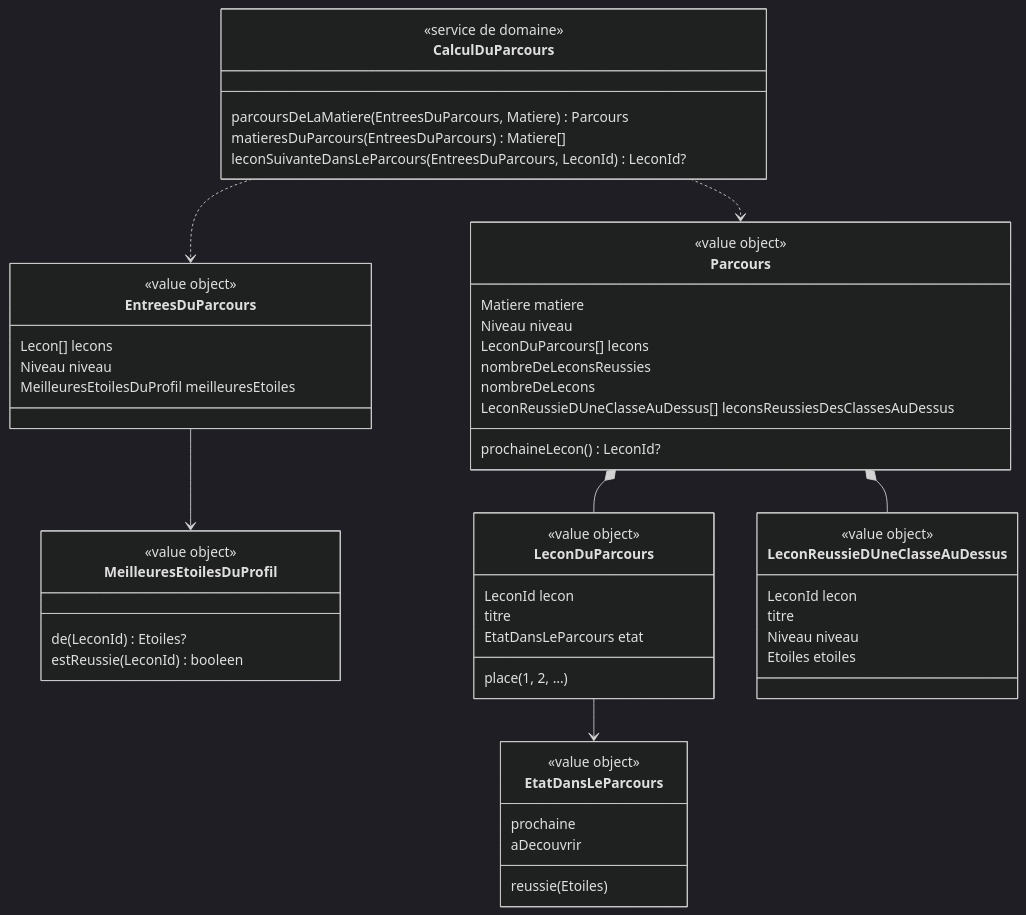
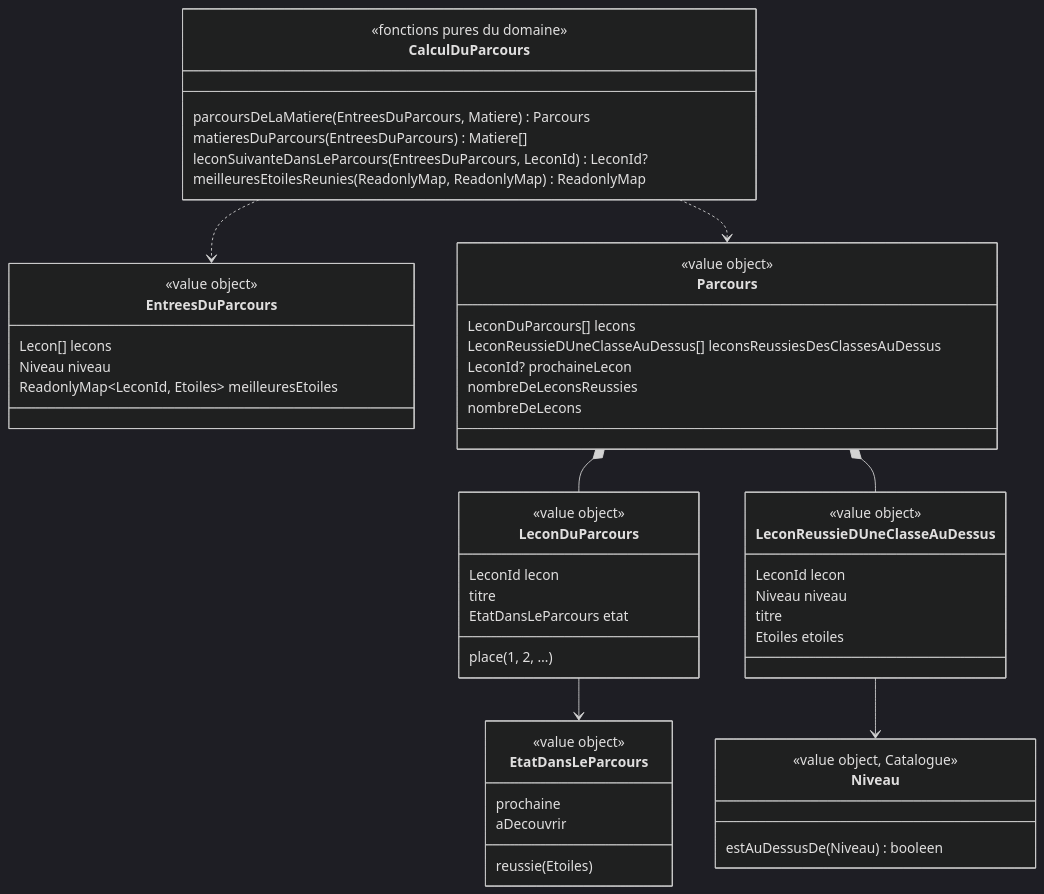
The diagram in docs/stories/25/domain-model.md (SBA-dev/github-move), drawn with Mermaid (dark theme) before and after one commit. The commit also changed other lines of this file and 4 other files, not shown here.

````diff
--- a/docs/stories/25/domain-model.md
+++ b/docs/stories/25/domain-model.md
@@ -74,56 +90,54 @@
 ```mermaid
 classDiagram
   class CalculDuParcours {
-    <<service de domaine>>
+    <<fonctions pures du domaine>>
     parcoursDeLaMatiere(EntreesDuParcours, Matiere) Parcours
     matieresDuParcours(EntreesDuParcours) Matiere[]
     leconSuivanteDansLeParcours(EntreesDuParcours, LeconId) LeconId?
+    meilleuresEtoilesReunies(ReadonlyMap, ReadonlyMap) ReadonlyMap
   }
   class EntreesDuParcours {
     <<value object>>
     Lecon[] lecons
     Niveau niveau
-    MeilleuresEtoilesDuProfil meilleuresEtoiles
-  }
-  class MeilleuresEtoilesDuProfil {
-    <<value object>>
-    de(LeconId) Etoiles?
-    estReussie(LeconId) booleen
+    ReadonlyMap~LeconId, Etoiles~ meilleuresEtoiles
   }
   class Parcours {
     <<value object>>
-    Matiere matiere
-    Niveau niveau
     LeconDuParcours[] lecons
+    LeconReussieDUneClasseAuDessus[] leconsReussiesDesClassesAuDessus
+    LeconId? prochaineLecon
     nombreDeLeconsReussies
     nombreDeLecons
-    prochaineLecon() LeconId?
-    LeconReussieDUneClasseAuDessus[] leconsReussiesDesClassesAuDessus
   }
   class LeconDuParcours {
     <<value object>>
     LeconId lecon
     titre
     place (1, 2, …)
     EtatDansLeParcours etat
   }
   class EtatDansLeParcours {
     <<value object>>
     reussie(Etoiles)
     prochaine
     aDecouvrir
   }
   class LeconReussieDUneClasseAuDessus {
     <<value object>>
     LeconId lecon
+    Niveau niveau
     titre
-    Niveau niveau
     Etoiles etoiles
+  }
+  class Niveau {
+    <<value object, Catalogue>>
+    estAuDessusDe(Niveau) booleen
   }
   CalculDuParcours ..> EntreesDuParcours
   CalculDuParcours ..> Parcours
   Parcours *-- LeconDuParcours
   Parcours *-- LeconReussieDUneClasseAuDessus
   LeconDuParcours --> EtatDansLeParcours
-  EntreesDuParcours --> MeilleuresEtoilesDuProfil
+  LeconReussieDUneClasseAuDessus --> Niveau
 ```
````
